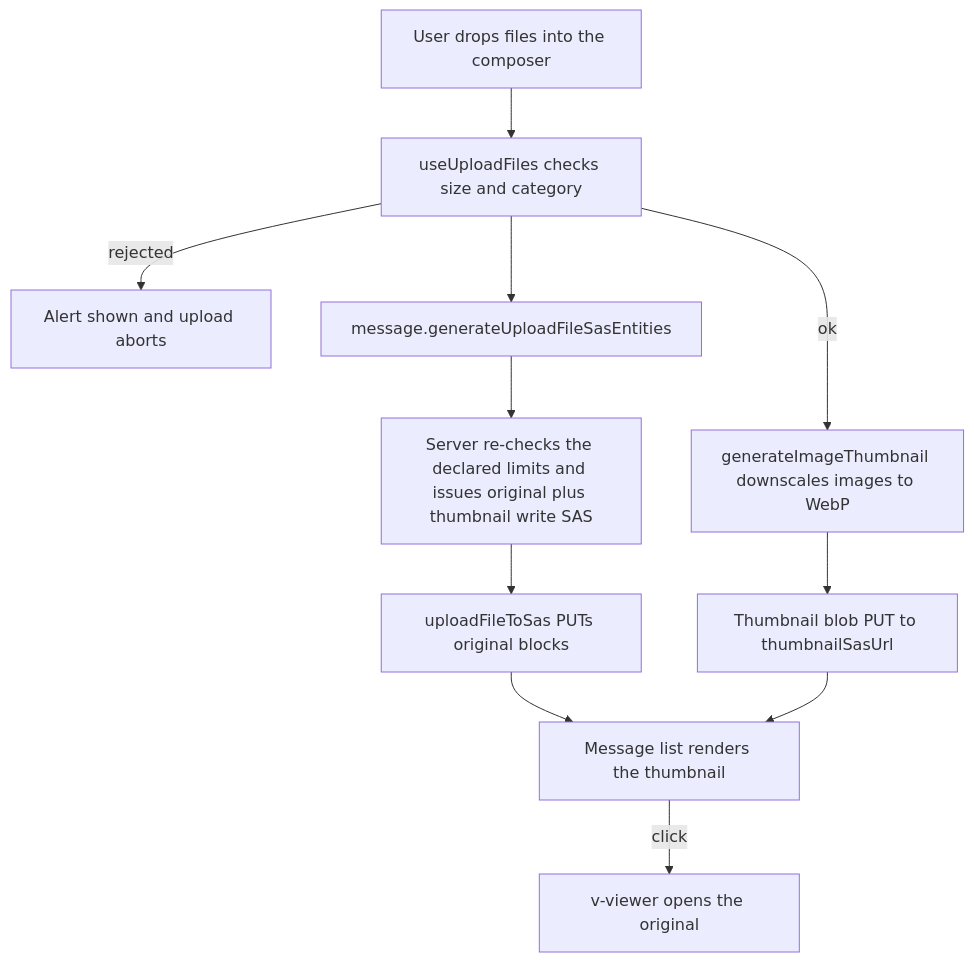
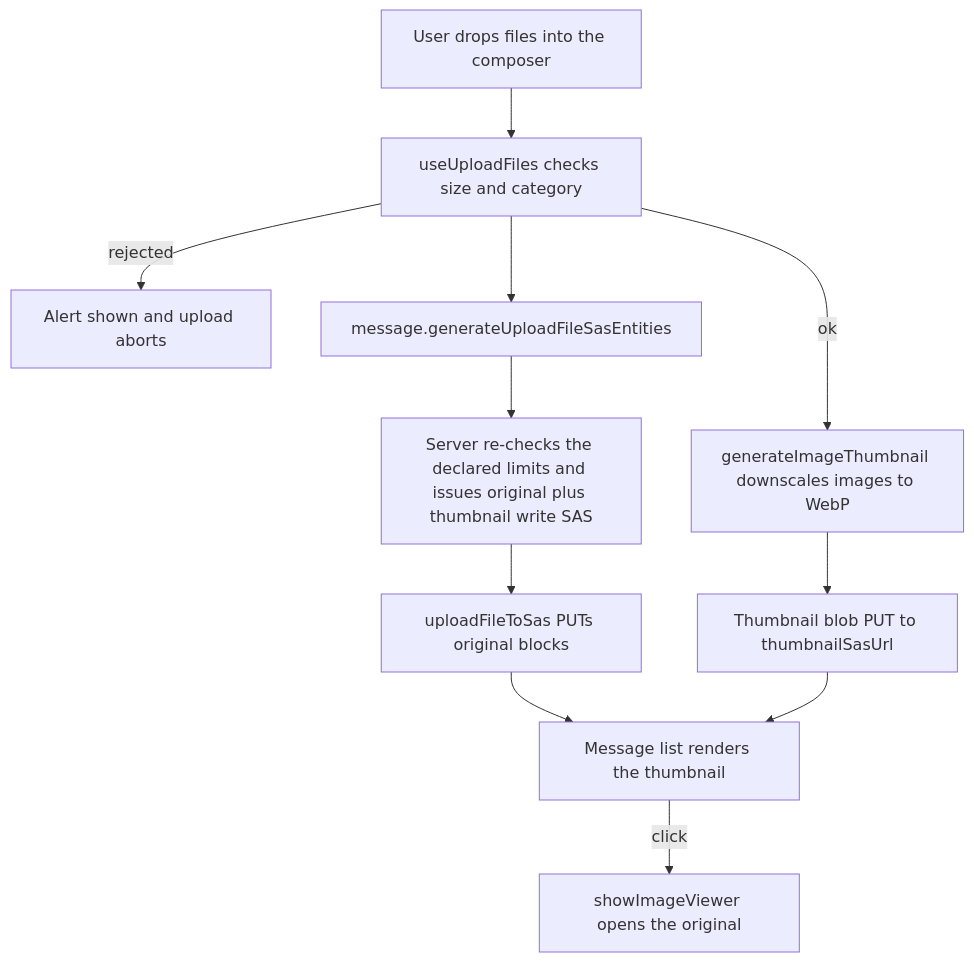
Before and after one commit to Esposter/Esposter: the diagram in packages/app/content/docs/esbabbler/file-media.md, drawn with Mermaid. The commit also changed other lines of this file and 8 other files, not shown here.

````diff
--- a/packages/app/content/docs/esbabbler/file-media.md
+++ b/packages/app/content/docs/esbabbler/file-media.md
@@ -27,13 +27,13 @@
 ```mermaid
 flowchart TD
   drop[User drops files into the composer] --> validate[useUploadFiles checks size and category]
   validate -->|rejected| alert[Alert shown and upload aborts]
   validate -->|ok| thumb[generateImageThumbnail downscales images to WebP]
   validate --> sas[message.generateUploadFileSasEntities]
   sas --> enforce[Server re-checks the declared limits and issues original plus thumbnail write SAS]
   enforce --> upload[uploadFileToSas PUTs original blocks]
   thumb --> upthumb[Thumbnail blob PUT to thumbnailSasUrl]
   upload --> render[Message list renders the thumbnail]
   upthumb --> render
-  render -->|click| lightbox[v-viewer opens the original]
+  render -->|click| lightbox[showImageViewer opens the original]
 ```
````
